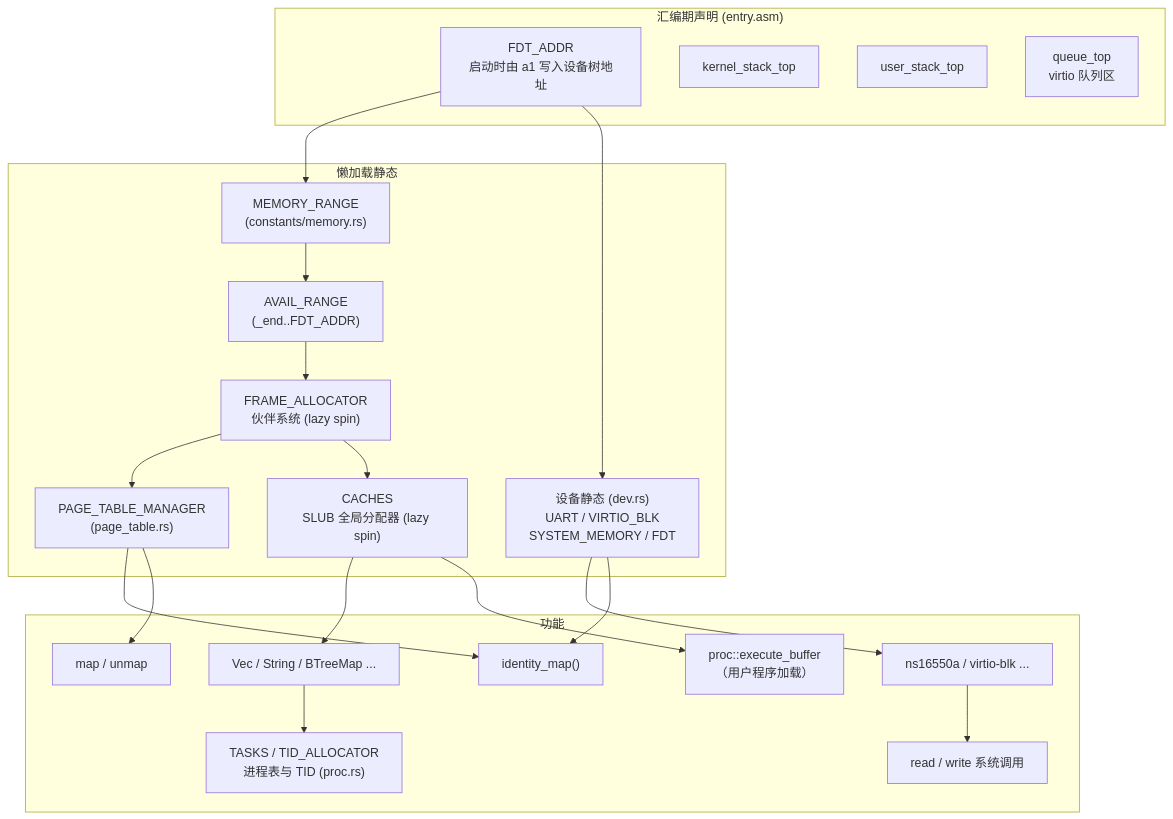
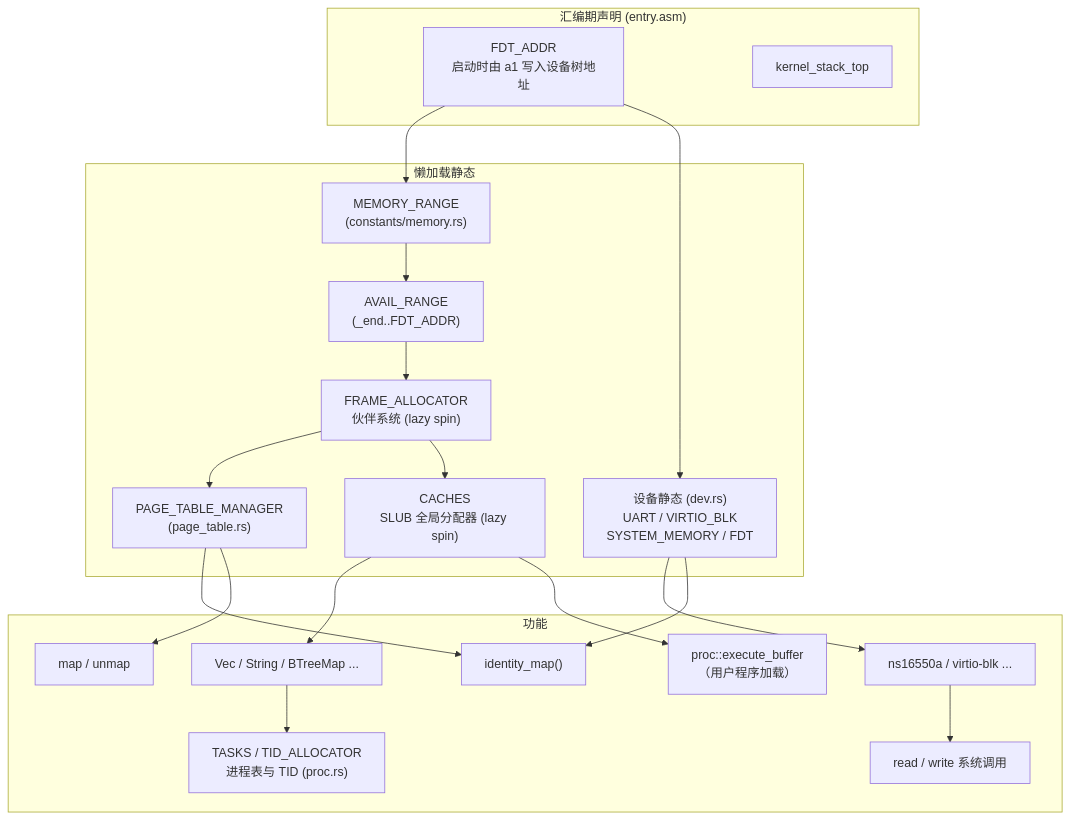
One commit to NetSalmon/athera changed the diagram in README.md. Above: the diagram before and after it, drawn with Mermaid. The commit also changed 33 other files, not shown here.

````diff
--- a/README.md
+++ b/README.md
@@ -130,29 +130,27 @@
 ```mermaid
 graph TD
     subgraph 汇编期声明["汇编期声明 (entry.asm)"]
         fdt_addr["FDT_ADDR<br/>启动时由 a1 写入设备树地址"]
         kernel_stack["kernel_stack_top"]
-        user_stack["user_stack_top"]
-        queue_top["queue_top<br/>virtio 队列区"]
     end
 
     subgraph 懒加载静态
         fdt_addr --> memory_range["MEMORY_RANGE<br/>(constants/memory.rs)"]
         fdt_addr --> dev["设备静态 (dev.rs)<br/>UART / VIRTIO_BLK<br/>SYSTEM_MEMORY / FDT"]
         memory_range --> avail_range["AVAIL_RANGE<br/>(_end..FDT_ADDR)"]
         avail_range --> frame_allocator["FRAME_ALLOCATOR<br/>伙伴系统 (lazy spin)"]
         frame_allocator --> page_table_mgr["PAGE_TABLE_MANAGER<br/>(page_table.rs)"]
         frame_allocator --> caches["CACHES<br/>SLUB 全局分配器 (lazy spin)"]
     end
 
     subgraph 功能
         caches --> alloc_structs["Vec / String / BTreeMap ..."]
         alloc_structs --> tasks["TASKS / TID_ALLOCATOR<br/>进程表与 TID (proc.rs)"]
         dev --> device["ns16550a / virtio-blk ..."]
         page_table_mgr --> identity_map["identity_map()"]
         dev --> identity_map
         page_table_mgr --> map["map / unmap"]
         caches --> exec["proc::execute_buffer<br/>（用户程序加载）"]
         device --> syscall["read / write 系统调用"]
     end
 ```
````
